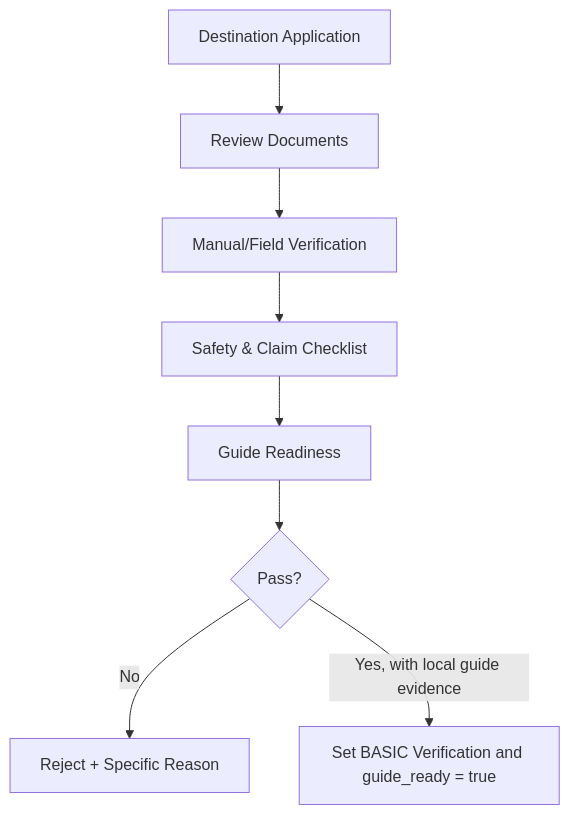
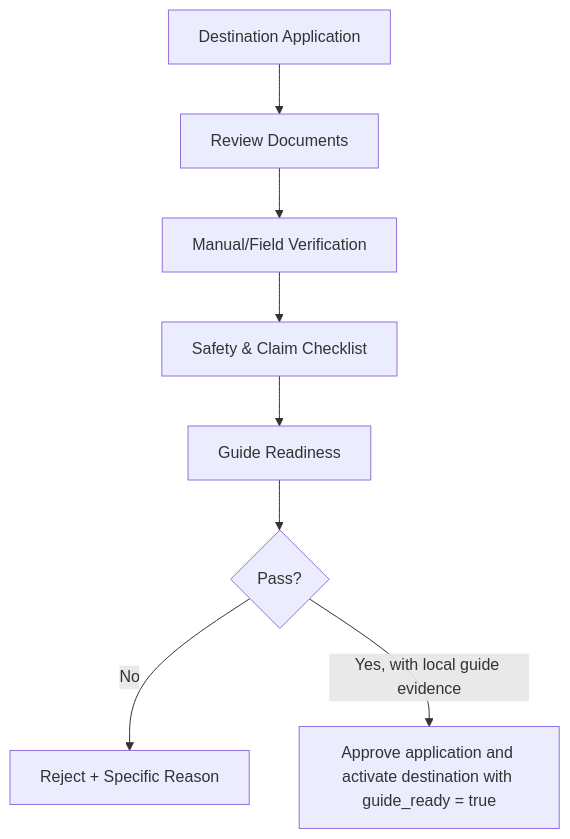
Before and after one commit to Vluuuu/JedaIn: diagram 18 of 26 in docs/SYSTEM_FLOW.md, drawn with Mermaid. The commit also changed other lines of this file and 63 other files, not shown here.

````diff
--- a/docs/SYSTEM_FLOW.md
+++ b/docs/SYSTEM_FLOW.md
@@ -573,10 +577,10 @@
 ```mermaid
 flowchart TD
     A[Destination Application] --> B[Review Documents]
     B --> C[Manual/Field Verification]
     C --> D[Safety & Claim Checklist]
     D --> E[Guide Readiness]
     E --> F{Pass?}
     F -- No --> G[Reject + Specific Reason]
-    F -- Yes, with local guide evidence --> H[Set BASIC Verification and guide_ready = true]
+    F -- Yes, with local guide evidence --> H[Approve application and activate destination with guide_ready = true]
 ```
````
